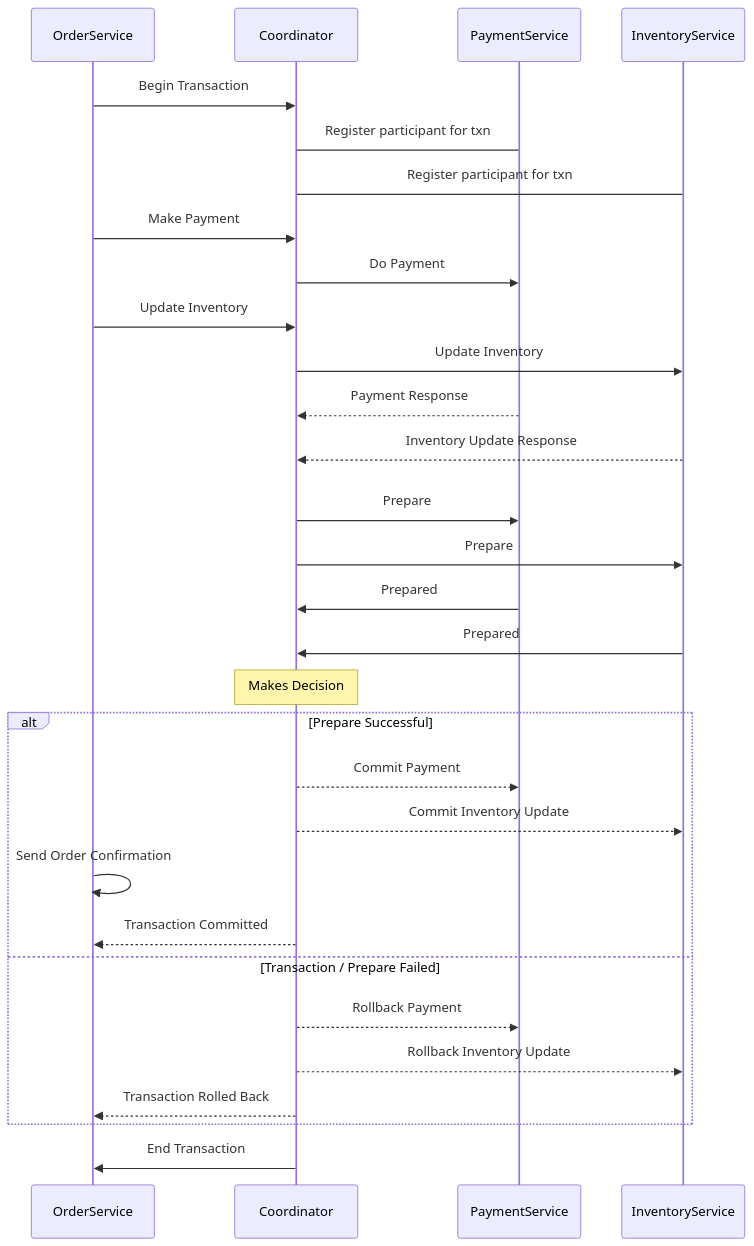
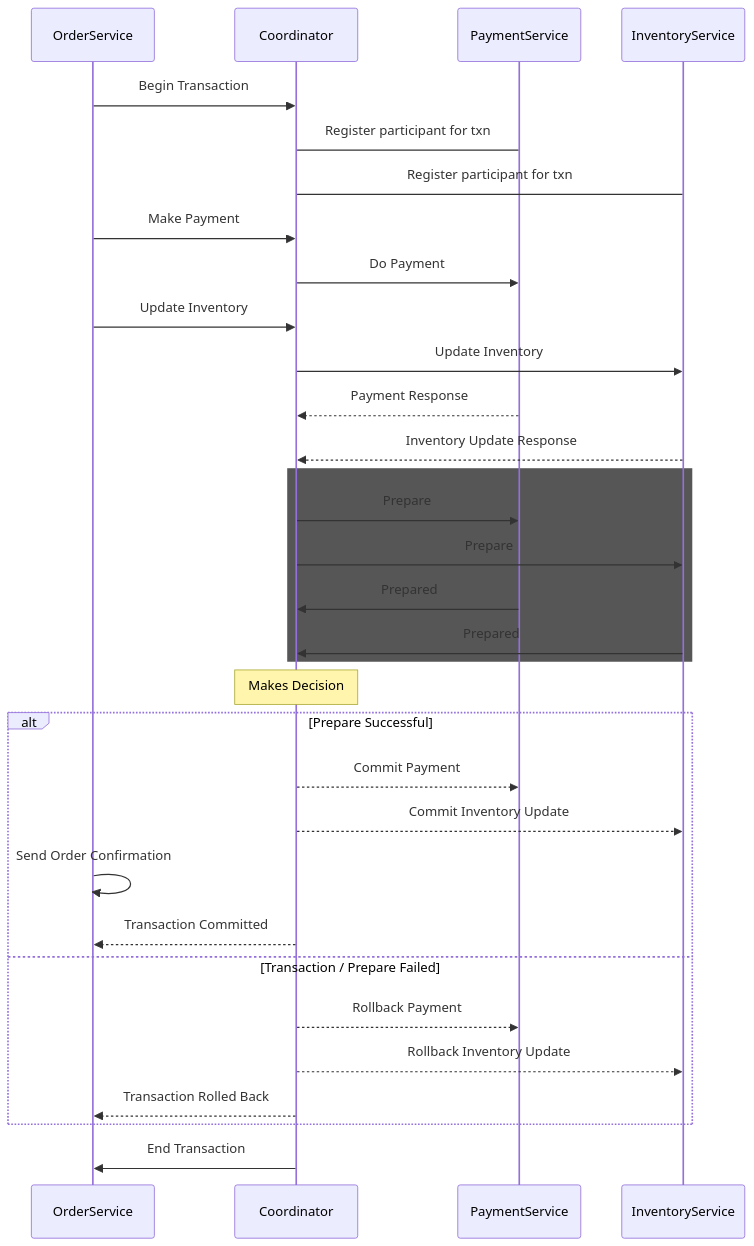
Before and after one commit to dsplayerX/distributed-transaction-example: the diagram in README.md, drawn with Mermaid.

````diff
--- a/README.md
+++ b/README.md
@@ -17,40 +17,40 @@
 ```mermaid
 sequenceDiagram
     participant OrderService
     participant Coordinator
     participant PaymentService
     participant InventoryService
  
         OrderService->>Coordinator: Begin Transaction
         Coordinator->PaymentService: Register participant for txn
         Coordinator->InventoryService: Register participant for txn
     
     OrderService->>Coordinator: Make Payment
     Coordinator->>PaymentService: Do Payment
     OrderService->>Coordinator: Update Inventory
     Coordinator->>InventoryService: Update Inventory
 
 
     PaymentService-->>Coordinator: Payment Response
     InventoryService-->>Coordinator: Inventory Update Response
     
-    rect rgb(255,255, 255)
+    rect rgb(86, 86, 86)
         Coordinator->>PaymentService: Prepare
         Coordinator->>InventoryService: Prepare
             PaymentService->>Coordinator: Prepared
             InventoryService->>Coordinator: Prepared
     end
     Note over Coordinator: Makes Decision    
     alt Prepare Successful
         Coordinator-->>PaymentService: Commit Payment
         Coordinator-->>InventoryService: Commit Inventory Update
         OrderService->>OrderService: Send Order Confirmation        
         Coordinator-->>OrderService: Transaction Committed
     else Transaction / Prepare Failed
         Coordinator-->>PaymentService: Rollback Payment
         Coordinator-->>InventoryService: Rollback Inventory Update
         Coordinator-->>OrderService: Transaction Rolled Back
     end
     Coordinator->>OrderService: End Transaction
     
 ```
````
